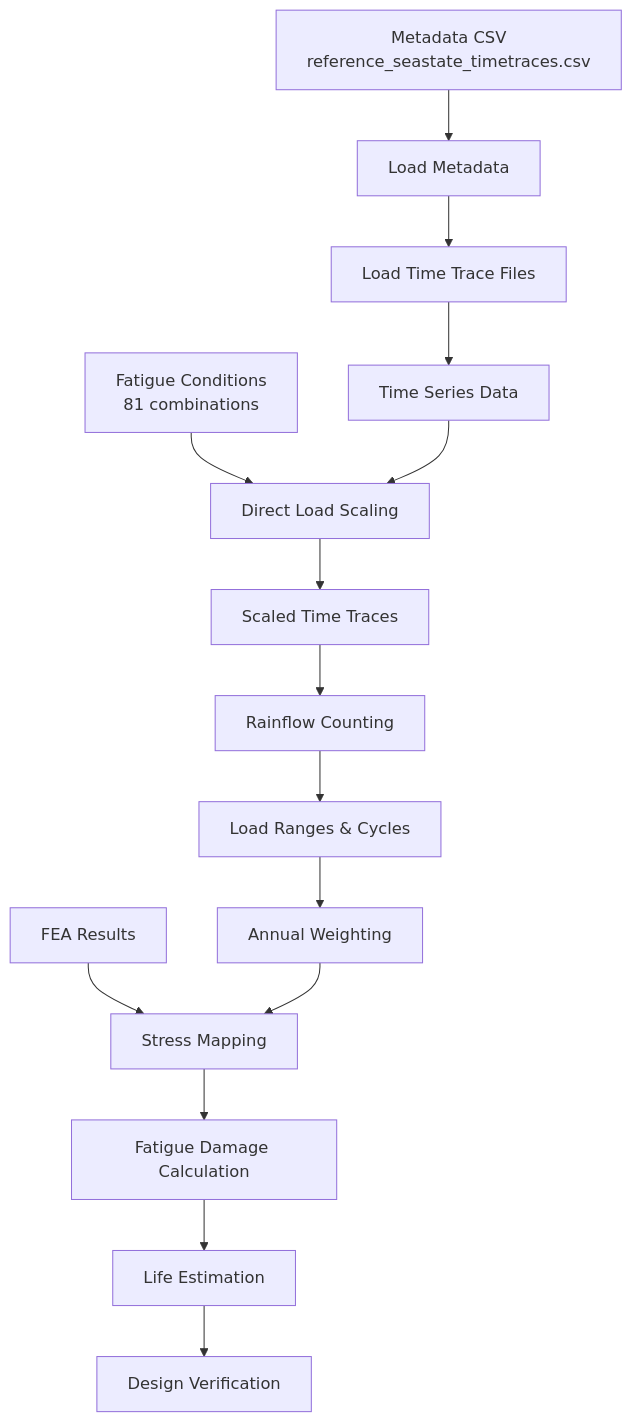
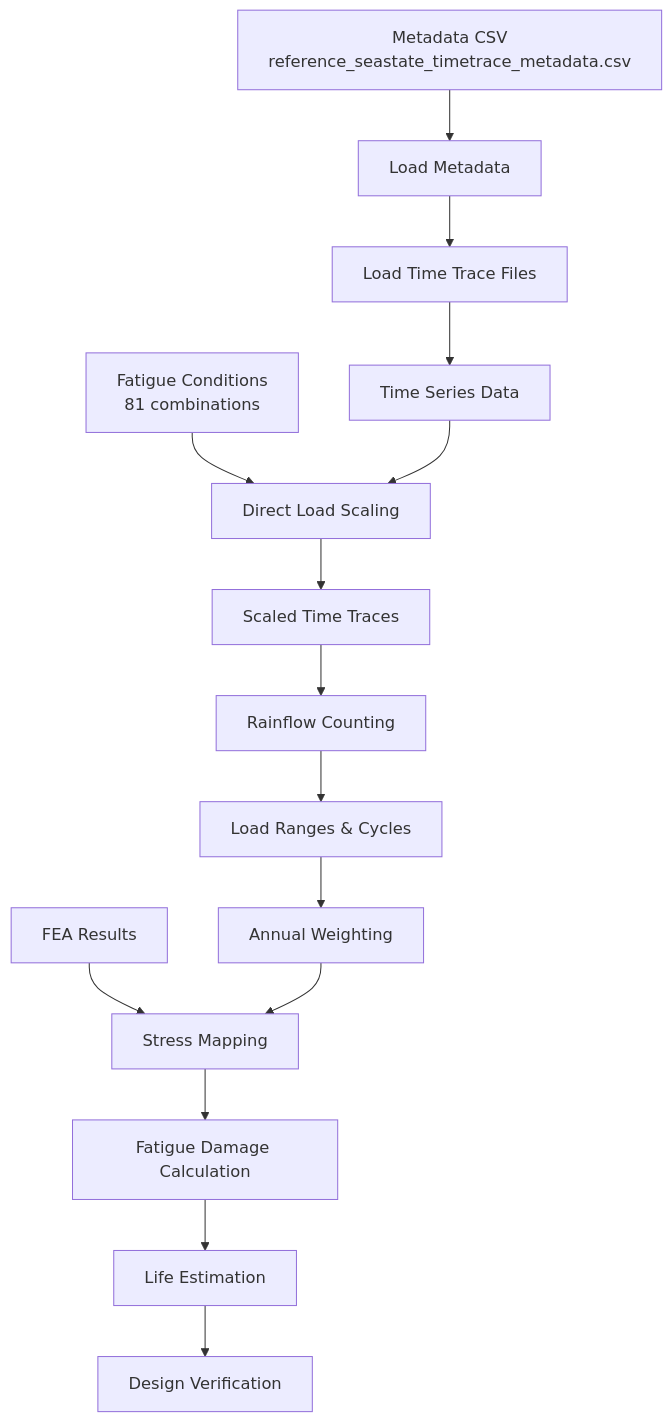
The diagram in specs/modules/fatigue-analysis/strut-foundation-rainflow/spec.md (vamseeachanta/digitalmodel), drawn with Mermaid before and after one commit. The commit also changed other lines of this file and 8 other files, not shown here.

First line of the commit message:
docs: Update file naming and add reference seastate definitions

````diff
--- a/specs/modules/fatigue-analysis/strut-foundation-rainflow/spec.md
+++ b/specs/modules/fatigue-analysis/strut-foundation-rainflow/spec.md
@@ -100,17 +110,17 @@
 ```mermaid
 graph TB
-    A[Metadata CSV<br/>reference_seastate_timetraces.csv] --> B[Load Metadata]
+    A[Metadata CSV<br/>reference_seastate_timetrace_metadata.csv] --> B[Load Metadata]
     B --> C[Load Time Trace Files]
     C --> D[Time Series Data]
     E[Fatigue Conditions<br/>81 combinations] --> F[Direct Load Scaling]
     D --> F
     F --> G[Scaled Time Traces]
     G --> H[Rainflow Counting]
     H --> I[Load Ranges & Cycles]
     I --> J[Annual Weighting]
     K[FEA Results] --> L[Stress Mapping]
     J --> L
     L --> M[Fatigue Damage Calculation]
     M --> N[Life Estimation]
     N --> O[Design Verification]
 ```
````
